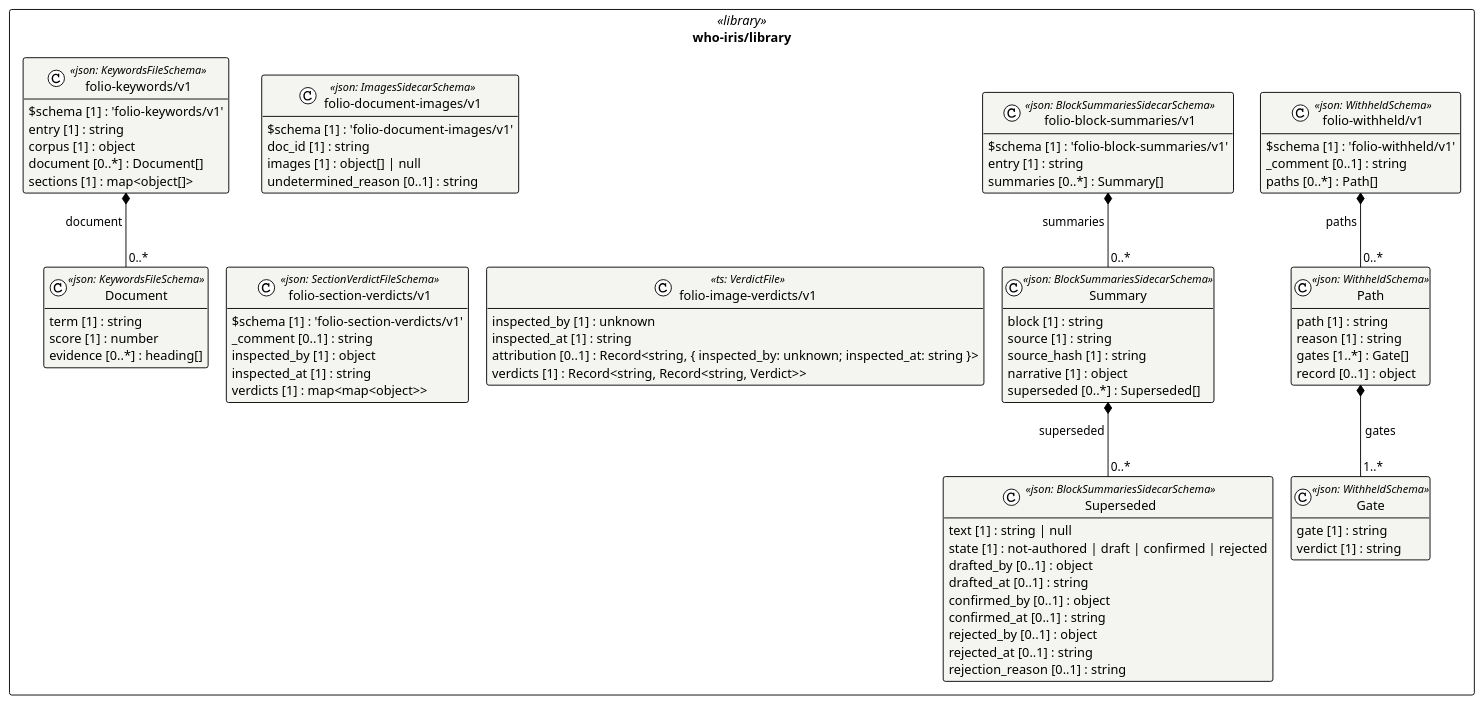
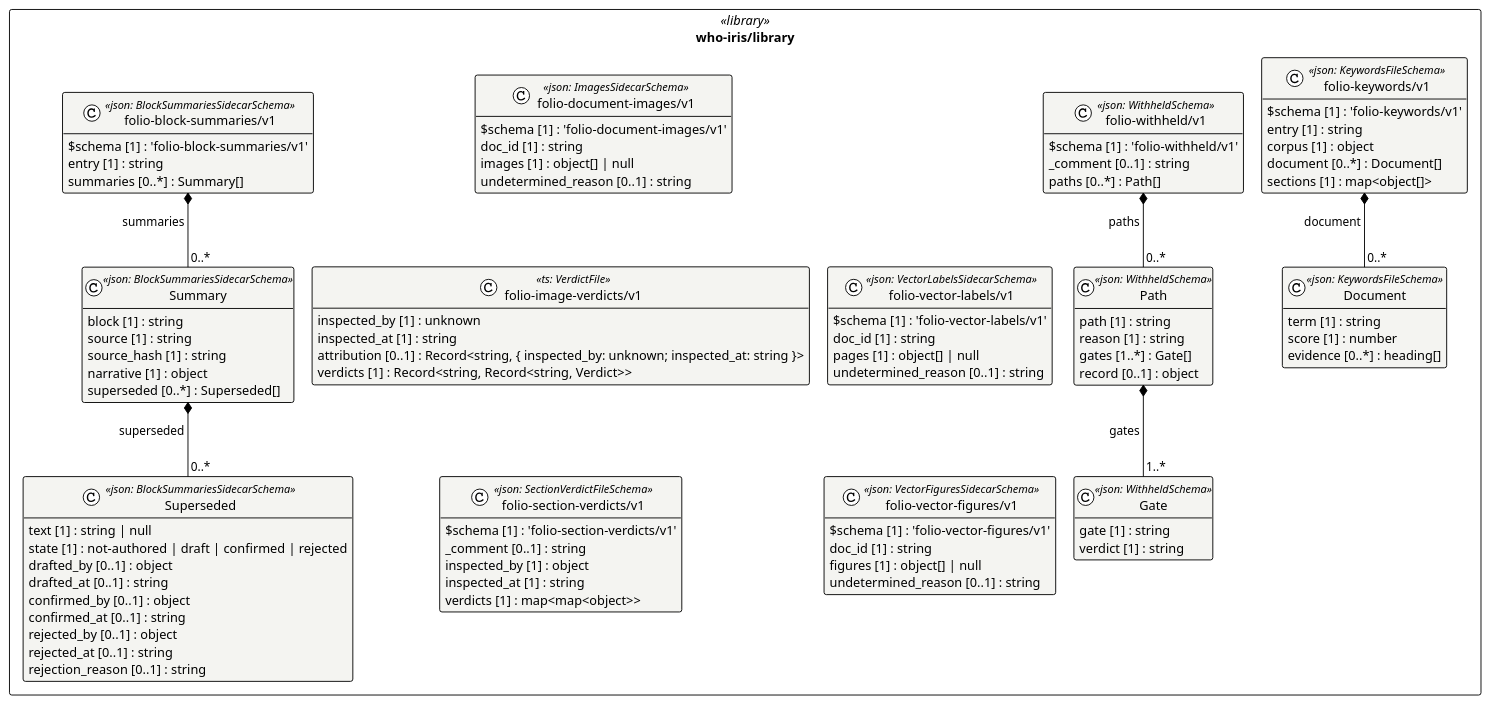
Before and after one commit to litlfred/cat-harness: the diagram in uml/overview/who-iris/library.puml, drawn with PlantUML. The commit also changed 398 other files, not shown here.

```diff
--- a/uml/overview/who-iris/library.puml
+++ b/uml/overview/who-iris/library.puml
@@ -3,86 +3,98 @@
 @startuml who_iris_library
 !pragma layout elk
 !theme plain
 skinparam classAttributeIconSize 0
 skinparam shadowing false
 skinparam packageStyle rectangle
 hide empty methods
 
 package "who-iris/library" as pkg_who_iris_library <<library>> {
   class "folio-document-images/v1" as who_iris_library_folio_document_images_v1_folio_document_images_v1 <<json: ImagesSidecarSchema>> #f4f4f1 {
     $schema [1] : 'folio-document-images/v1'
     doc_id [1] : string
     images [1] : object[] | null
     undetermined_reason [0..1] : string
   }
   class "folio-image-verdicts/v1" as who_iris_library_folio_image_verdicts_v1 <<ts: VerdictFile>> #f4f4f1 {
     inspected_by [1] : unknown
     inspected_at [1] : string
     attribution [0..1] : Record<string, { inspected_by: unknown; inspected_at: string }>
     verdicts [1] : Record<string, Record<string, Verdict>>
   }
   class "folio-section-verdicts/v1" as who_iris_library_folio_section_verdicts_v1_folio_section_verdicts_v1 <<json: SectionVerdictFileSchema>> #f4f4f1 {
     $schema [1] : 'folio-section-verdicts/v1'
     _comment [0..1] : string
     inspected_by [1] : object
     inspected_at [1] : string
     verdicts [1] : map<map<object>>
+  }
+  class "folio-vector-labels/v1" as who_iris_library_folio_vector_labels_v1_folio_vector_labels_v1 <<json: VectorLabelsSidecarSchema>> #f4f4f1 {
+    $schema [1] : 'folio-vector-labels/v1'
+    doc_id [1] : string
+    pages [1] : object[] | null
+    undetermined_reason [0..1] : string
+  }
+  class "folio-vector-figures/v1" as who_iris_library_folio_vector_figures_v1_folio_vector_figures_v1 <<json: VectorFiguresSidecarSchema>> #f4f4f1 {
+    $schema [1] : 'folio-vector-figures/v1'
+    doc_id [1] : string
+    figures [1] : object[] | null
+    undetermined_reason [0..1] : string
   }
   class "Superseded" as who_iris_library_folio_block_summaries_v1_Superseded <<json: BlockSummariesSidecarSchema>> #f4f4f1 {
     text [1] : string | null
     state [1] : not-authored | draft | confirmed | rejected
     drafted_by [0..1] : object
     drafted_at [0..1] : string
     confirmed_by [0..1] : object
     confirmed_at [0..1] : string
     rejected_by [0..1] : object
     rejected_at [0..1] : string
     rejection_reason [0..1] : string
   }
   class "Summary" as who_iris_library_folio_block_summaries_v1_Summary <<json: BlockSummariesSidecarSchema>> #f4f4f1 {
     block [1] : string
     source [1] : string
     source_hash [1] : string
     narrative [1] : object
     superseded [0..*] : Superseded[]
   }
   class "folio-block-summaries/v1" as who_iris_library_folio_block_summaries_v1_folio_block_summaries_v1 <<json: BlockSummariesSidecarSchema>> #f4f4f1 {
     $schema [1] : 'folio-block-summaries/v1'
     entry [1] : string
     summaries [0..*] : Summary[]
   }
   class "Document" as who_iris_library_folio_keywords_v1_Document <<json: KeywordsFileSchema>> #f4f4f1 {
     term [1] : string
     score [1] : number
     evidence [0..*] : heading[]
   }
   class "folio-keywords/v1" as who_iris_library_folio_keywords_v1_folio_keywords_v1 <<json: KeywordsFileSchema>> #f4f4f1 {
     $schema [1] : 'folio-keywords/v1'
     entry [1] : string
     corpus [1] : object
     document [0..*] : Document[]
     sections [1] : map<object[]>
   }
   class "Gate" as who_iris_library_folio_withheld_v1_Gate <<json: WithheldSchema>> #f4f4f1 {
     gate [1] : string
     verdict [1] : string
   }
   class "Path" as who_iris_library_folio_withheld_v1_Path <<json: WithheldSchema>> #f4f4f1 {
     path [1] : string
     reason [1] : string
     gates [1..*] : Gate[]
     record [0..1] : object
   }
   class "folio-withheld/v1" as who_iris_library_folio_withheld_v1_folio_withheld_v1 <<json: WithheldSchema>> #f4f4f1 {
     $schema [1] : 'folio-withheld/v1'
     _comment [0..1] : string
     paths [0..*] : Path[]
   }
 }
 
 who_iris_library_folio_block_summaries_v1_Summary *-- "0..*" who_iris_library_folio_block_summaries_v1_Superseded : superseded
 who_iris_library_folio_block_summaries_v1_folio_block_summaries_v1 *-- "0..*" who_iris_library_folio_block_summaries_v1_Summary : summaries
 who_iris_library_folio_keywords_v1_folio_keywords_v1 *-- "0..*" who_iris_library_folio_keywords_v1_Document : document
 who_iris_library_folio_withheld_v1_Path *-- "1..*" who_iris_library_folio_withheld_v1_Gate : gates
 who_iris_library_folio_withheld_v1_folio_withheld_v1 *-- "0..*" who_iris_library_folio_withheld_v1_Path : paths
 @enduml
```
